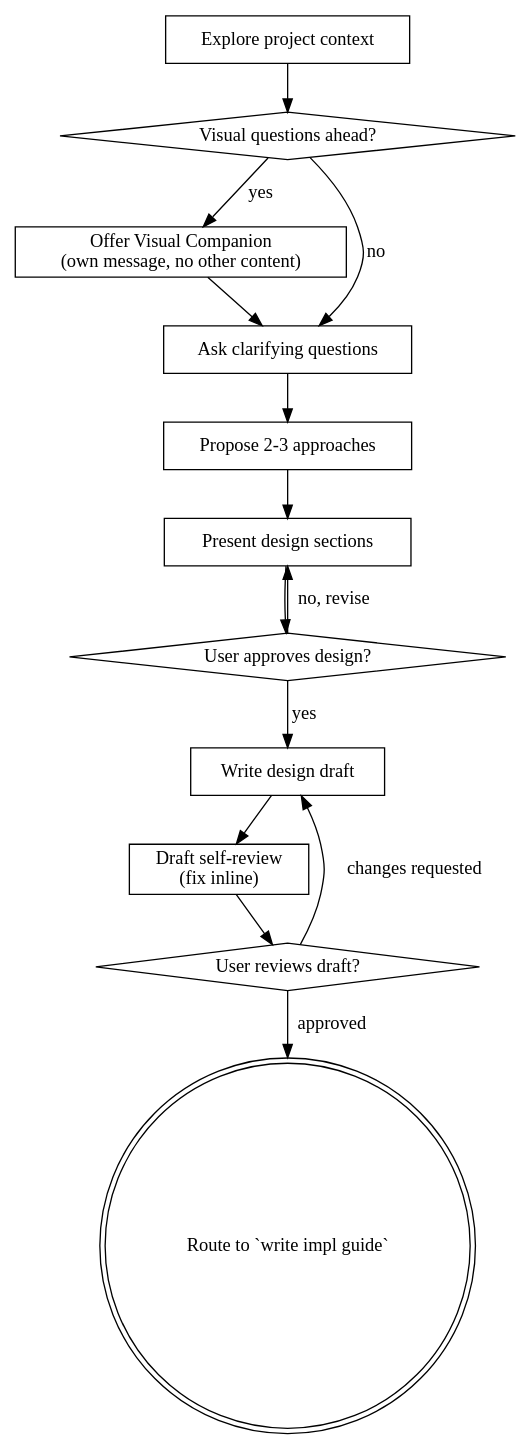
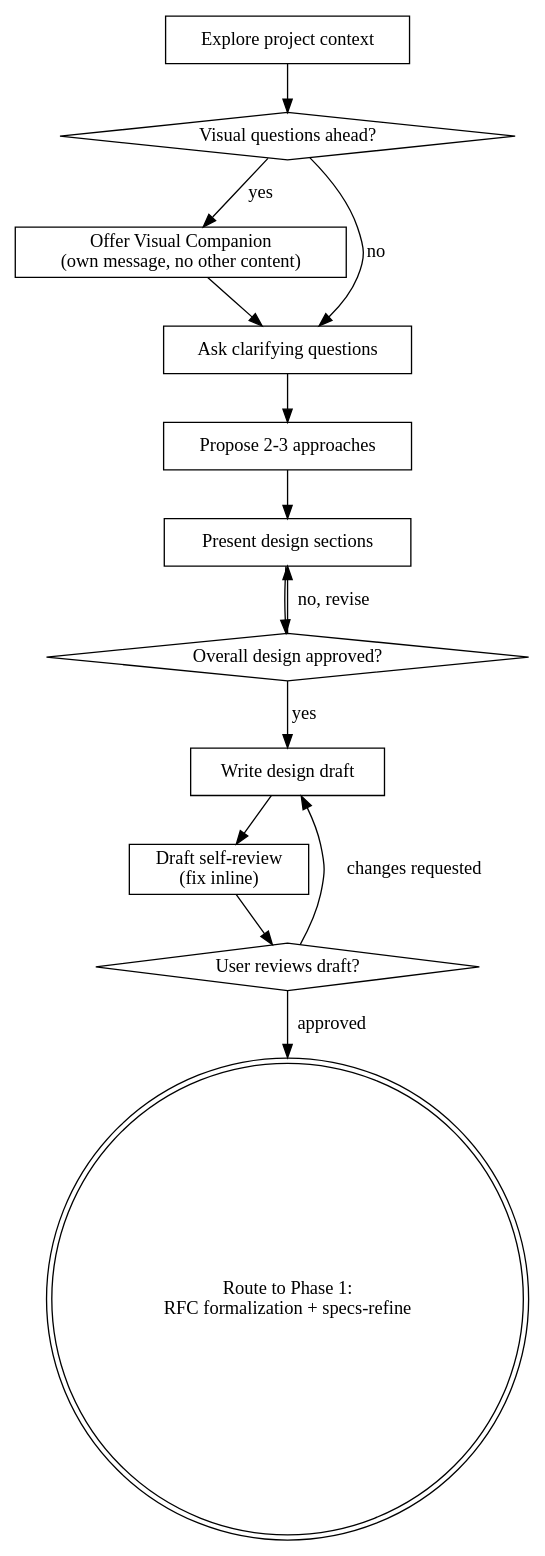
The diagram in skills/platonic-brainstorming/SKILL.md (caesar0301/platonic-coding), drawn with Graphviz before and after one commit. The commit also changed other lines of this file and 2 other files, not shown here.

````diff
--- a/skills/platonic-brainstorming/SKILL.md
+++ b/skills/platonic-brainstorming/SKILL.md
@@ -43,29 +43,29 @@
 ```dot
 digraph platonic_brainstorming {
     "Explore project context" [shape=box];
     "Visual questions ahead?" [shape=diamond];
     "Offer Visual Companion\n(own message, no other content)" [shape=box];
     "Ask clarifying questions" [shape=box];
     "Propose 2-3 approaches" [shape=box];
     "Present design sections" [shape=box];
-    "User approves design?" [shape=diamond];
+    "Overall design approved?" [shape=diamond];
     "Write design draft" [shape=box];
     "Draft self-review\n(fix inline)" [shape=box];
     "User reviews draft?" [shape=diamond];
-    "Route to `write impl guide`" [shape=doublecircle];
+    "Route to Phase 1:\nRFC formalization + specs-refine" [shape=doublecircle];
 
     "Explore project context" -> "Visual questions ahead?";
     "Visual questions ahead?" -> "Offer Visual Companion\n(own message, no other content)" [label="yes"];
     "Visual questions ahead?" -> "Ask clarifying questions" [label="no"];
     "Offer Visual Companion\n(own message, no other content)" -> "Ask clarifying questions";
     "Ask clarifying questions" -> "Propose 2-3 approaches";
     "Propose 2-3 approaches" -> "Present design sections";
-    "Present design sections" -> "User approves design?";
-    "User approves design?" -> "Present design sections" [label="no, revise"];
-    "User approves design?" -> "Write design draft" [label="yes"];
+    "Present design sections" -> "Overall design approved?";
+    "Overall design approved?" -> "Present design sections" [label="no, revise"];
+    "Overall design approved?" -> "Write design draft" [label="yes"];
     "Write design draft" -> "Draft self-review\n(fix inline)";
     "Draft self-review\n(fix inline)" -> "User reviews draft?";
     "User reviews draft?" -> "Write design draft" [label="changes requested"];
-    "User reviews draft?" -> "Route to `write impl guide`" [label="approved"];
+    "User reviews draft?" -> "Route to Phase 1:\nRFC formalization + specs-refine" [label="approved"];
 }
 ```
````
